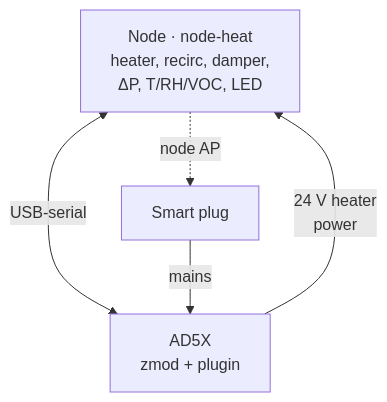
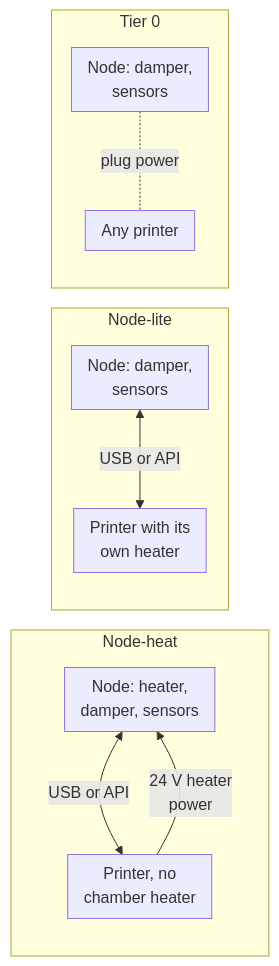
Before and after one commit to BashfulBits/3dp-fleet-exhaust: the second of 6 diagrams in docs/01_system_architecture.md, drawn with Mermaid. The commit also changed other lines of this file and 40 other files, not shown here.

````diff
--- a/docs/01_system_architecture.md
+++ b/docs/01_system_architecture.md
@@ -56,10 +66,17 @@
 ```mermaid
-flowchart TB
-  N["Node · node-heat<br>heater, recirc, damper,<br>ΔP, T/RH/VOC, LED"]
-  A["AD5X<br>zmod + plugin"]
-  PL["Smart plug"]
-  N <-->|"USB-serial"| A
-  A -->|"24 V heater<br>power"| N
-  N -.->|"node AP"| PL
-  PL -->|"mains"| A
+%%{init: {'flowchart': {'nodeSpacing': 20, 'padding': 8}}}%%
+flowchart LR
+  subgraph h["Node-heat"]
+    direction TB
+    NH["Node: heater,<br>damper, sensors"] <-->|"USB or API"| PH["Printer, no<br>chamber heater"]
+    PH -->|"24 V heater<br>power"| NH
+  end
+  subgraph l["Node-lite"]
+    direction TB
+    NL["Node: damper,<br>sensors"] <-->|"USB or API"| PL["Printer with its<br>own heater"]
+  end
+  subgraph z["Tier 0"]
+    direction TB
+    NZ["Node: damper,<br>sensors"] -.-|"plug power"| PZ["Any printer"]
+  end
 ```
````
